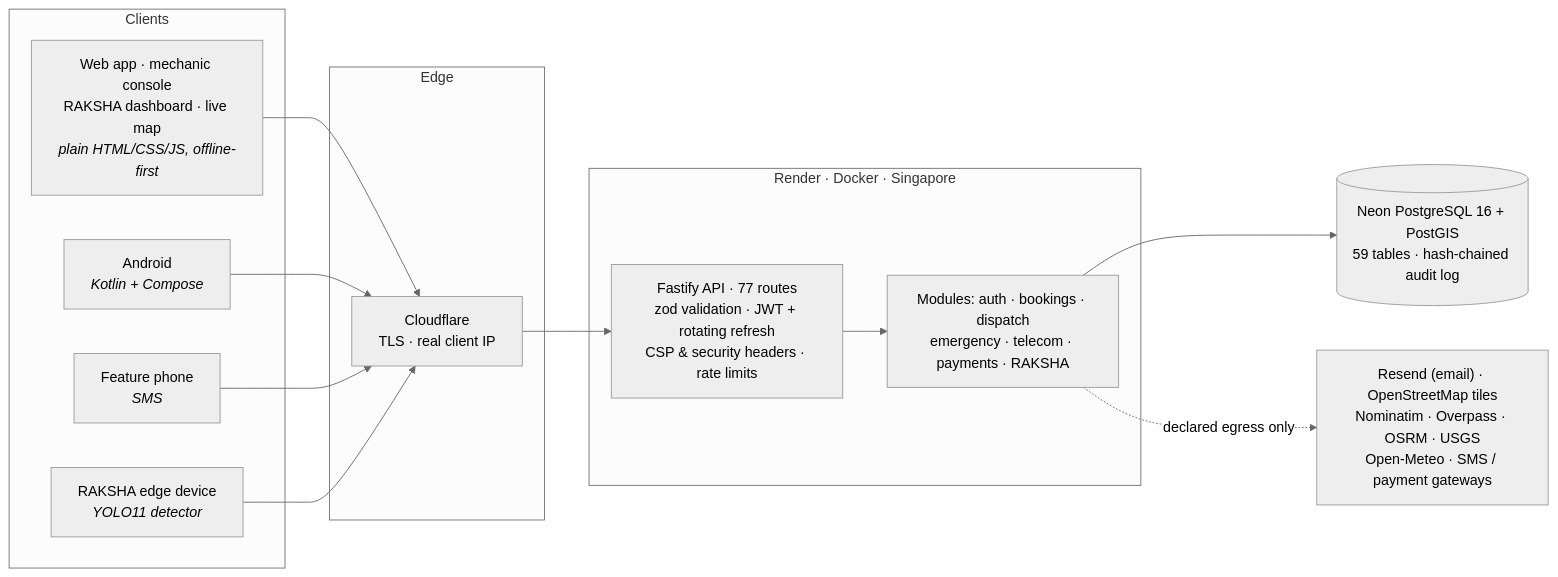
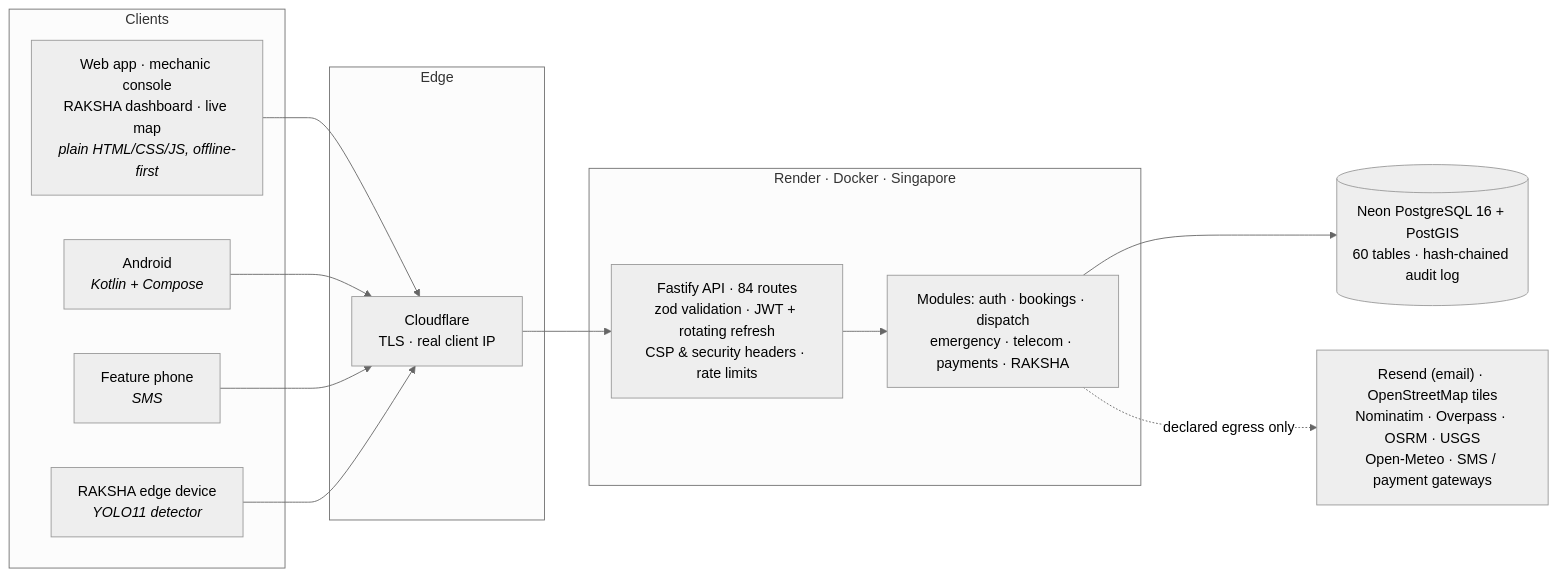
The diagram in README.md (saatwik-1157/roadassist-bharat), drawn with Mermaid (neutral theme) before and after one commit. The commit also changed other lines of this file and 72 other files, not shown here.

````diff
--- a/README.md
+++ b/README.md
@@ -186,26 +187,26 @@
 ```mermaid
 flowchart LR
   subgraph Clients
     W["Web app · mechanic console<br/>RAKSHA dashboard · live map<br/><i>plain HTML/CSS/JS, offline-first</i>"]
     A["Android<br/><i>Kotlin + Compose</i>"]
     F["Feature phone<br/><i>SMS</i>"]
     E["RAKSHA edge device<br/><i>YOLO11 detector</i>"]
   end
 
   subgraph Edge
     CF["Cloudflare<br/>TLS · real client IP"]
   end
 
   subgraph Render["Render · Docker · Singapore"]
-    API["Fastify API · 77 routes<br/>zod validation · JWT + rotating refresh<br/>CSP & security headers · rate limits"]
+    API["Fastify API · 84 routes<br/>zod validation · JWT + rotating refresh<br/>CSP & security headers · rate limits"]
     MOD["Modules: auth · bookings · dispatch<br/>emergency · telecom · payments · RAKSHA"]
     API --> MOD
   end
 
-  DB[("Neon PostgreSQL 16 + PostGIS<br/>59 tables · hash-chained audit log")]
+  DB[("Neon PostgreSQL 16 + PostGIS<br/>60 tables · hash-chained audit log")]
   X["Resend (email) · OpenStreetMap tiles<br/>Nominatim · Overpass · OSRM · USGS<br/>Open-Meteo · SMS / payment gateways"]
 
   W & A & F & E --> CF --> API
   MOD --> DB
   MOD -. declared egress only .-> X
 ```
````
